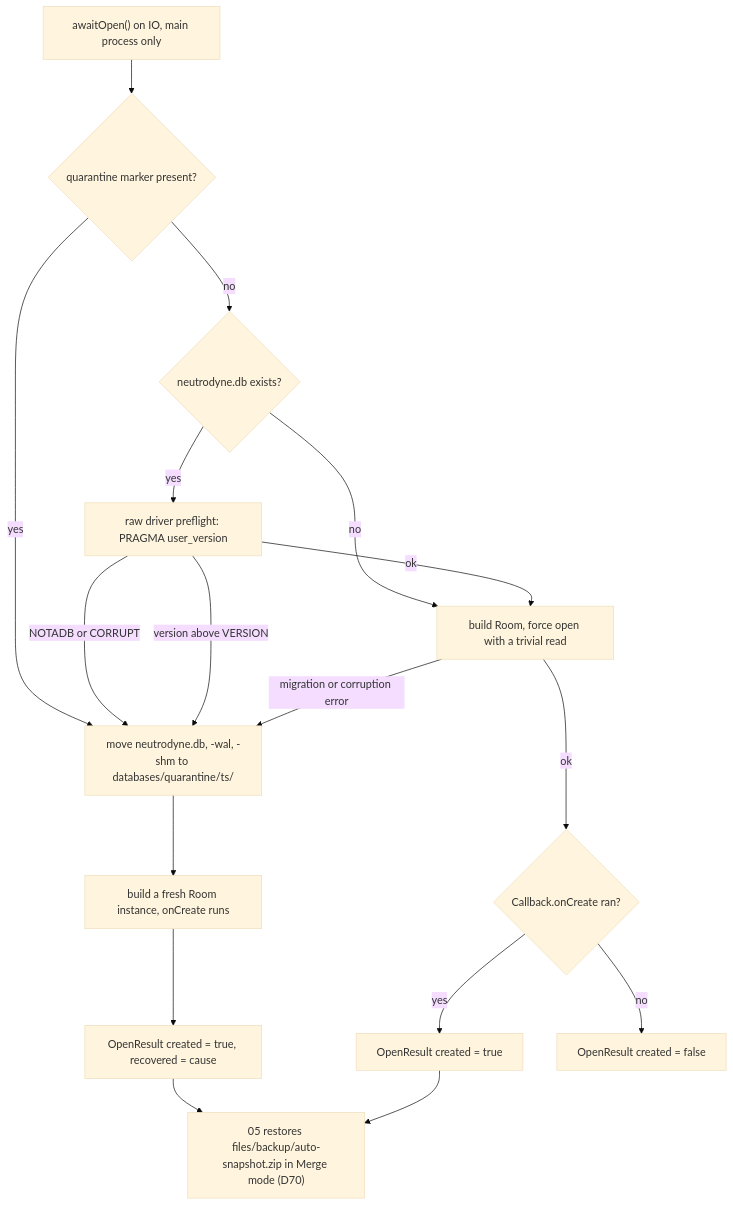
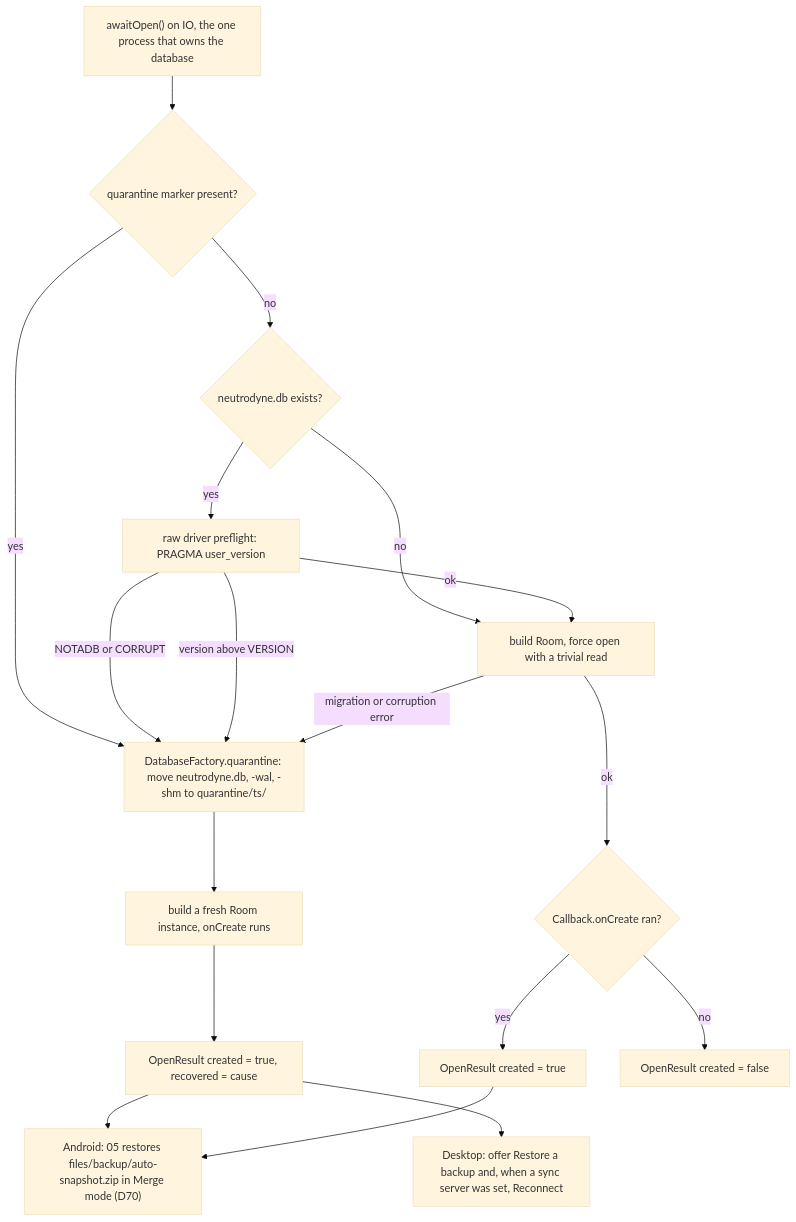
Before and after one commit to BigBoyDevBox/Neutrodyne: the fifth of 5 diagrams in docs/design/02-data-model.md, drawn with Mermaid (base theme). The commit also changed other lines of this file and 1 other file, not shown here.

````diff
--- a/docs/design/02-data-model.md
+++ b/docs/design/02-data-model.md
@@ -2077,19 +2095,20 @@
 ```mermaid
 flowchart TD
-  A["awaitOpen() on IO, main process only"] --> B{"quarantine marker present?"}
-  B -->|yes| Q["move neutrodyne.db, -wal, -shm to databases/quarantine/ts/"]
+  A["awaitOpen() on IO, the one process that owns the database"] --> B{"quarantine marker present?"}
+  B -->|yes| Q["DatabaseFactory.quarantine: move neutrodyne.db, -wal, -shm to quarantine/ts/"]
   B -->|no| K{"neutrodyne.db exists?"}
   K -->|no| D
   K -->|yes| C["raw driver preflight: PRAGMA user_version"]
   C -->|"NOTADB or CORRUPT"| Q
   C -->|"version above VERSION"| Q
   C -->|ok| D["build Room, force open with a trivial read"]
   D -->|"migration or corruption error"| Q
   D -->|ok| E{"Callback.onCreate ran?"}
   Q --> F["build a fresh Room instance, onCreate runs"]
   F --> G["OpenResult created = true, recovered = cause"]
   E -->|yes| H["OpenResult created = true"]
   E -->|no| I["OpenResult created = false"]
-  G --> J["05 restores files/backup/auto-snapshot.zip in Merge mode (D70)"]
+  G --> J["Android: 05 restores files/backup/auto-snapshot.zip in Merge mode (D70)"]
   H --> J
+  G --> L["Desktop: offer Restore a backup and, when a sync server was set, Reconnect"]
 ```
````
